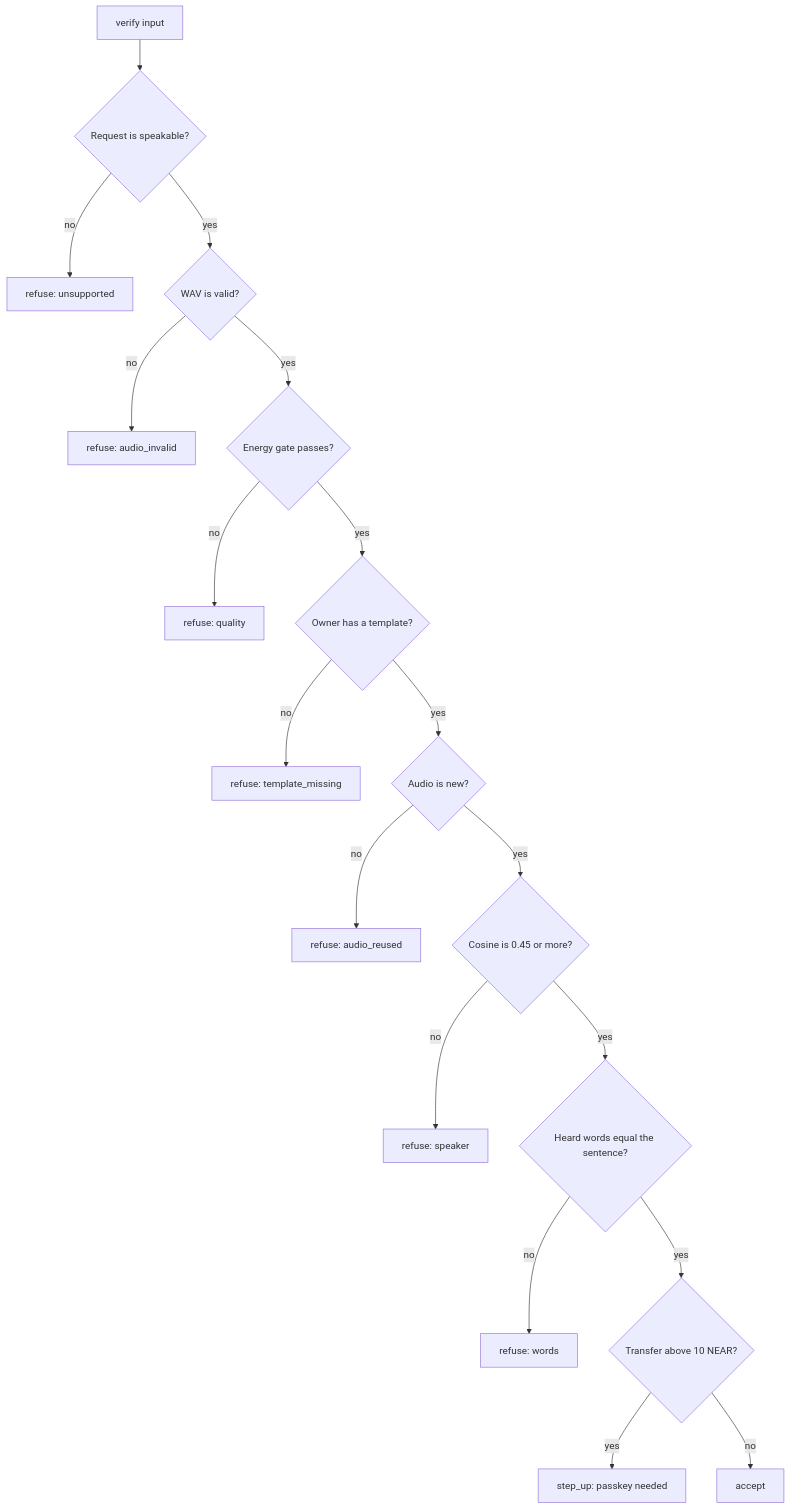
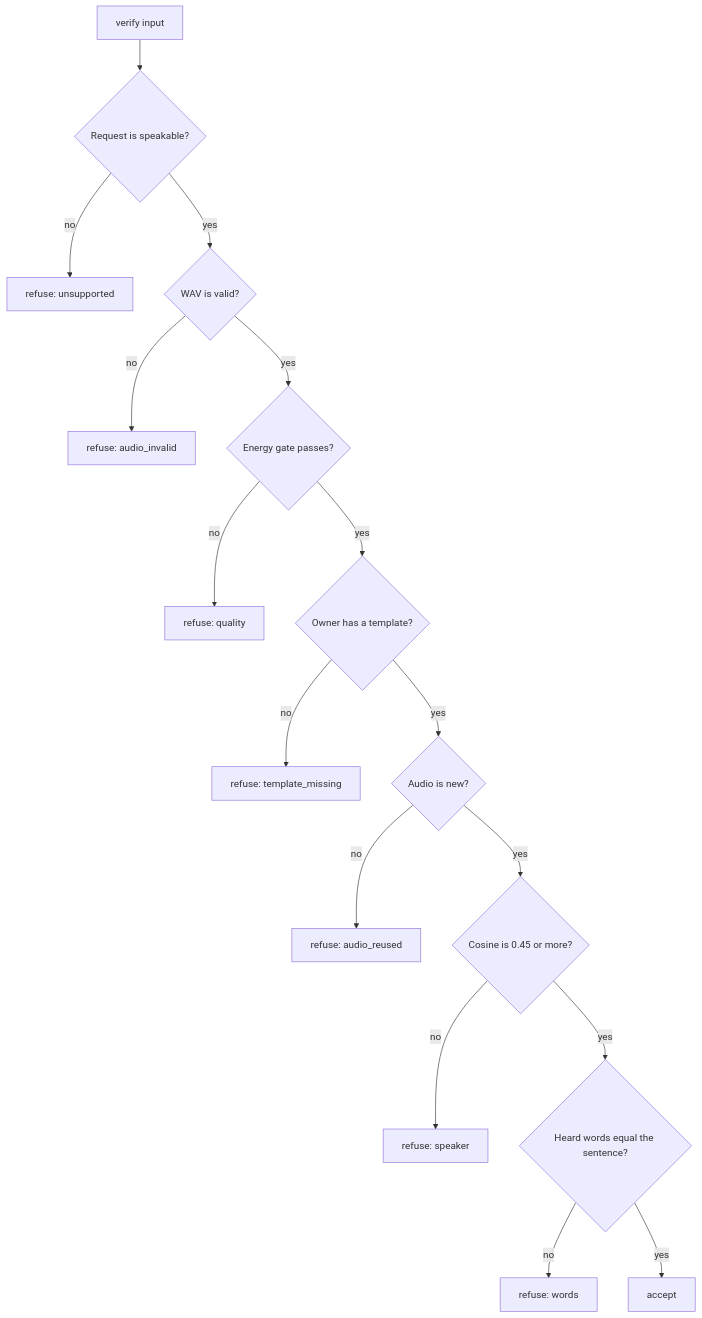
Before and after one commit to seams-tech/speak-to-sign: the fifth of 9 diagrams in docs/architecture.md, drawn with Mermaid. The commit also changed other lines of this file and 27 other files, not shown here.

First line of the commit message:
Verifier 0.16.0: no policy step, and a transfer above 10 NEAR needs no passkey

````diff
--- a/docs/architecture.md
+++ b/docs/architecture.md
@@ -171,20 +168,18 @@
 ```mermaid
 flowchart TD
   In["verify input"] --> Req{"Request is speakable?"}
   Req -- no --> Unsupported["refuse: unsupported"]
   Req -- yes --> Wav{"WAV is valid?"}
   Wav -- no --> AudioInvalid["refuse: audio_invalid"]
   Wav -- yes --> Gate{"Energy gate passes?"}
   Gate -- no --> Quality["refuse: quality"]
   Gate -- yes --> Tpl{"Owner has a template?"}
   Tpl -- no --> Missing["refuse: template_missing"]
   Tpl -- yes --> Used{"Audio is new?"}
   Used -- no --> Reused["refuse: audio_reused"]
   Used -- yes --> Spk{"Cosine is 0.45 or more?"}
   Spk -- no --> SpeakerR["refuse: speaker"]
   Spk -- yes --> Words{"Heard words equal the sentence?"}
   Words -- no --> WordsR["refuse: words"]
-  Words -- yes --> Pol{"Transfer above 10 NEAR?"}
-  Pol -- yes --> StepUp["step_up: passkey needed"]
-  Pol -- no --> Accept["accept"]
+  Words -- yes --> Accept["accept"]
 ```
````
